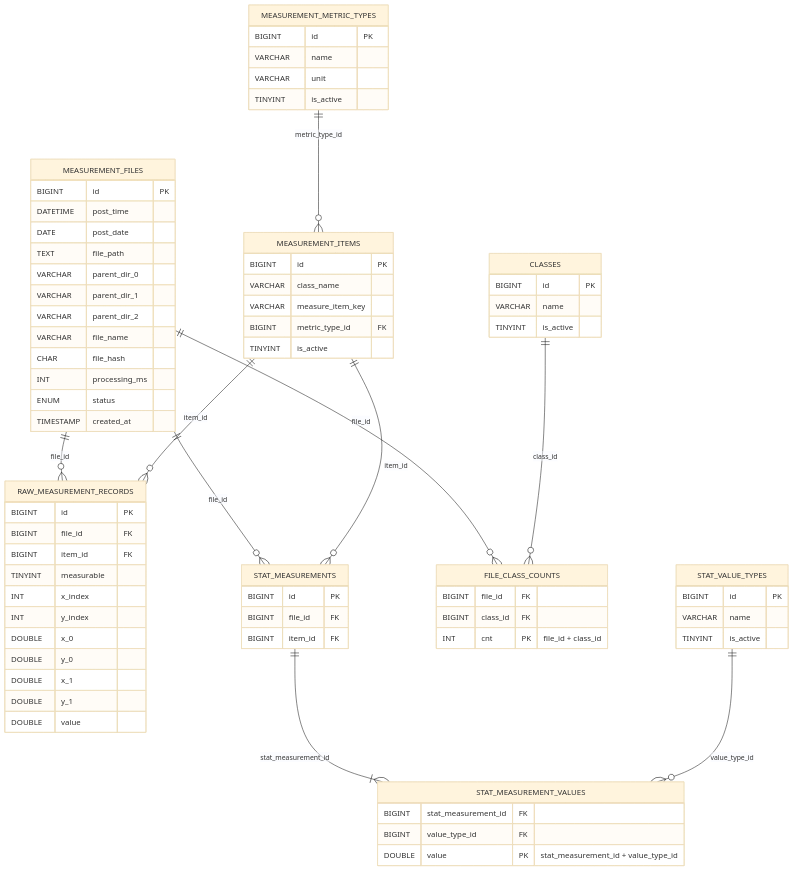
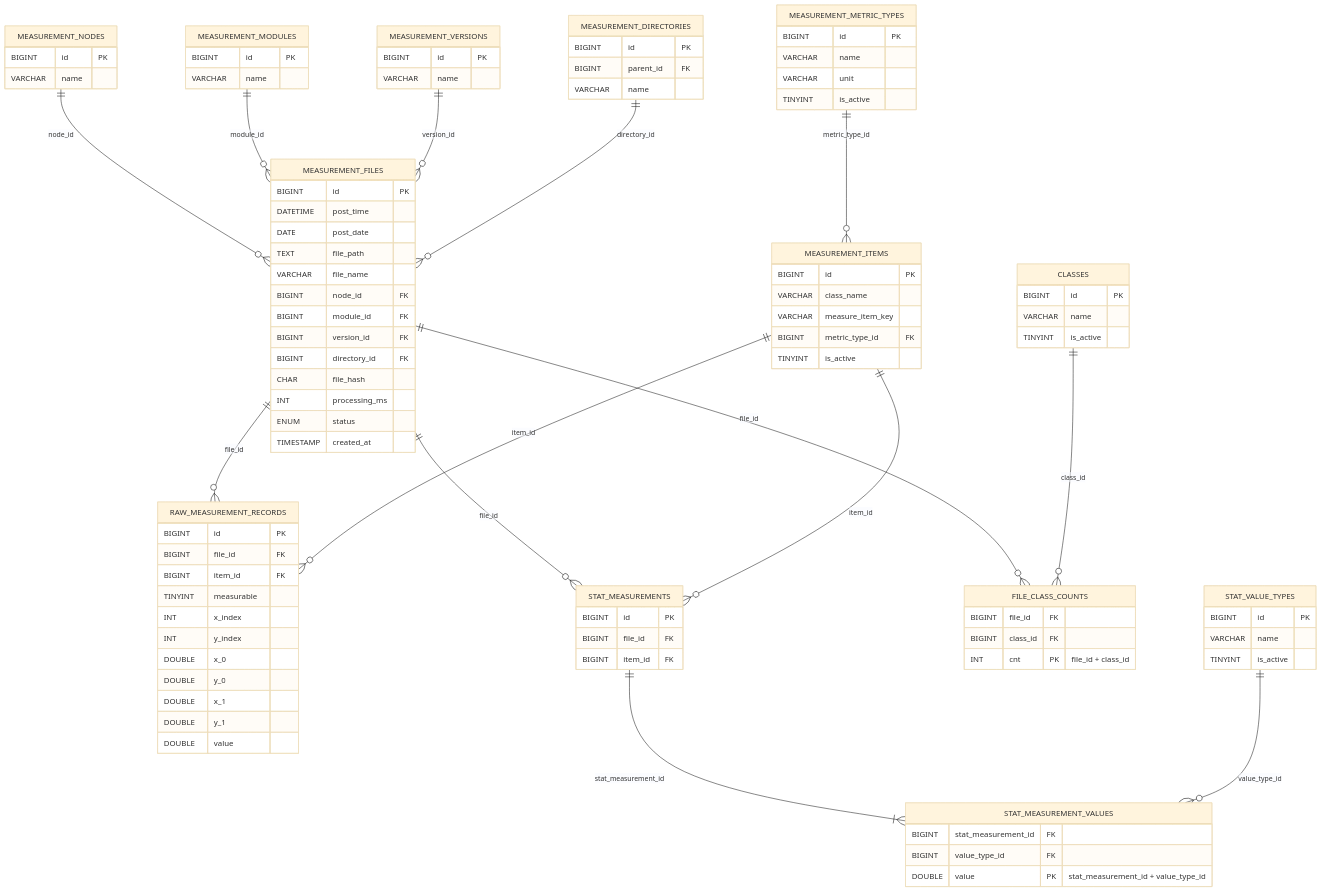
The diagram in docs/db-schema.md (MouseBall54/measure_system), drawn with Mermaid (base theme) before and after one commit. The commit also changed other lines of this file and 5 other files, not shown here.

```diff
--- a/docs/db-schema.md
+++ b/docs/db-schema.md
@@ -9,6 +9,10 @@
     MEASUREMENT_FILES ||--o{ RAW_MEASUREMENT_RECORDS : "file_id"
     MEASUREMENT_FILES ||--o{ STAT_MEASUREMENTS : "file_id"
     MEASUREMENT_FILES ||--o{ FILE_CLASS_COUNTS : "file_id"
+    MEASUREMENT_NODES ||--o{ MEASUREMENT_FILES : "node_id"
+    MEASUREMENT_MODULES ||--o{ MEASUREMENT_FILES : "module_id"
+    MEASUREMENT_VERSIONS ||--o{ MEASUREMENT_FILES : "version_id"
+    MEASUREMENT_DIRECTORIES ||--o{ MEASUREMENT_FILES : "directory_id"
 
     MEASUREMENT_METRIC_TYPES ||--o{ MEASUREMENT_ITEMS : "metric_type_id"
     MEASUREMENT_ITEMS ||--o{ RAW_MEASUREMENT_RECORDS : "item_id"
@@ -24,14 +28,36 @@
         DATETIME post_time
         DATE post_date
         TEXT file_path
-        VARCHAR parent_dir_0
-        VARCHAR parent_dir_1
-        VARCHAR parent_dir_2
         VARCHAR file_name
+        BIGINT node_id FK
+        BIGINT module_id FK
+        BIGINT version_id FK
+        BIGINT directory_id FK
         CHAR file_hash
         INT processing_ms
         ENUM status
         TIMESTAMP created_at
+    }
+
+    MEASUREMENT_NODES {
+        BIGINT id PK
+        VARCHAR name
+    }
+
+    MEASUREMENT_MODULES {
+        BIGINT id PK
+        VARCHAR name
+    }
+
+    MEASUREMENT_VERSIONS {
+        BIGINT id PK
+        VARCHAR name
+    }
+
+    MEASUREMENT_DIRECTORIES {
+        BIGINT id PK
+        BIGINT parent_id FK
+        VARCHAR name
     }
 
     MEASUREMENT_METRIC_TYPES {
```
